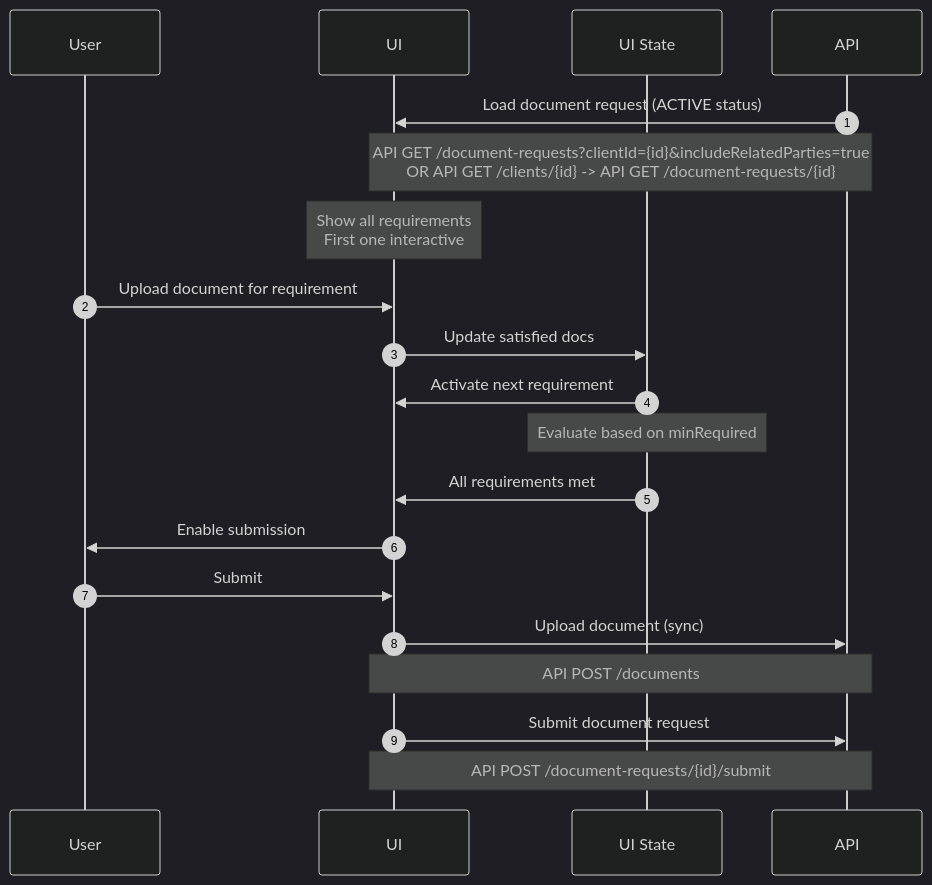
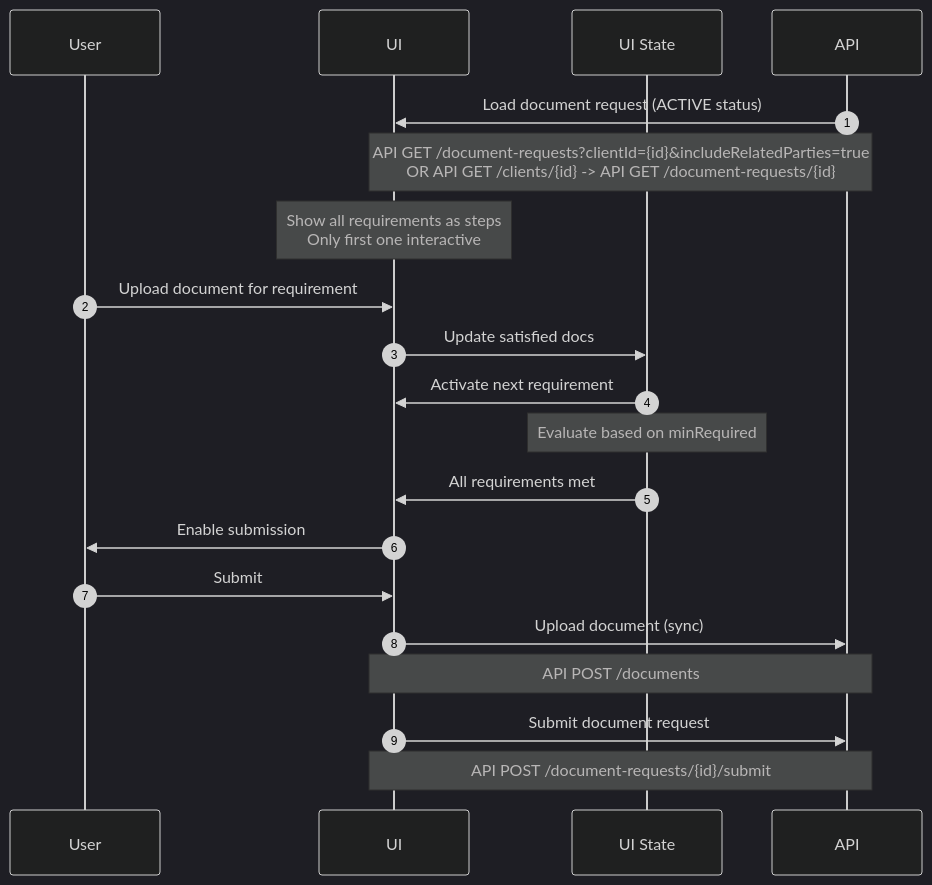
One commit to jpmorgan-payments/embedded-finance changed the diagram in embedded-components/src/core/OnboardingWizardBasic/DocumentUploadStepForm/IMPLEMENTATION_GUIDE.md. Above: the diagram before and after it, drawn with Mermaid (dark theme).

Commit message:
clarify document upload requirements in implementation guide

````diff
--- a/embedded-components/src/core/OnboardingWizardBasic/DocumentUploadStepForm/IMPLEMENTATION_GUIDE.md
+++ b/embedded-components/src/core/OnboardingWizardBasic/DocumentUploadStepForm/IMPLEMENTATION_GUIDE.md
@@ -9,28 +9,28 @@
 ```mermaid
 sequenceDiagram
     autonumber
     participant User
     participant UI
     participant UI State
     participant API
 
     API->>UI: Load document request (ACTIVE status)
     Note over API, UI: API GET /document-requests?clientId={id}&includeRelatedParties=true<br/>OR API GET /clients/{id} -> API GET /document-requests/{id}
-    Note over UI: Show all requirements<br/>First one interactive
+    Note over UI: Show all requirements as steps<br/>Only first one interactive
 
     User->>UI: Upload document for requirement
     UI->>UI State: Update satisfied docs
     UI State->>UI: Activate next requirement
 
     Note over UI State: Evaluate based on minRequired
 
     UI State->>UI: All requirements met
     UI->>User: Enable submission
     User->>UI: Submit
 
     UI->>API: Upload document (sync)
     Note over API, UI: API POST /documents
 
     UI->>API: Submit document request
     Note over API, UI: API POST /document-requests/{id}/submit
 ```
````
